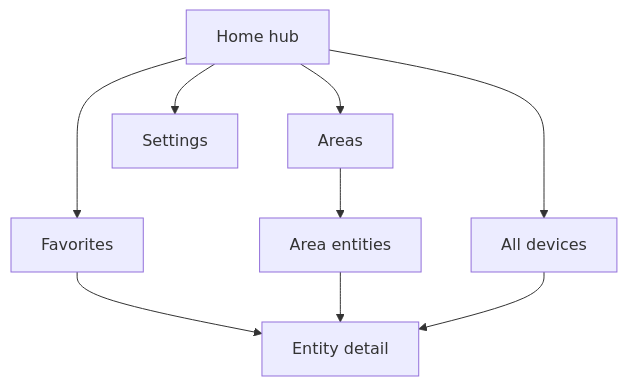
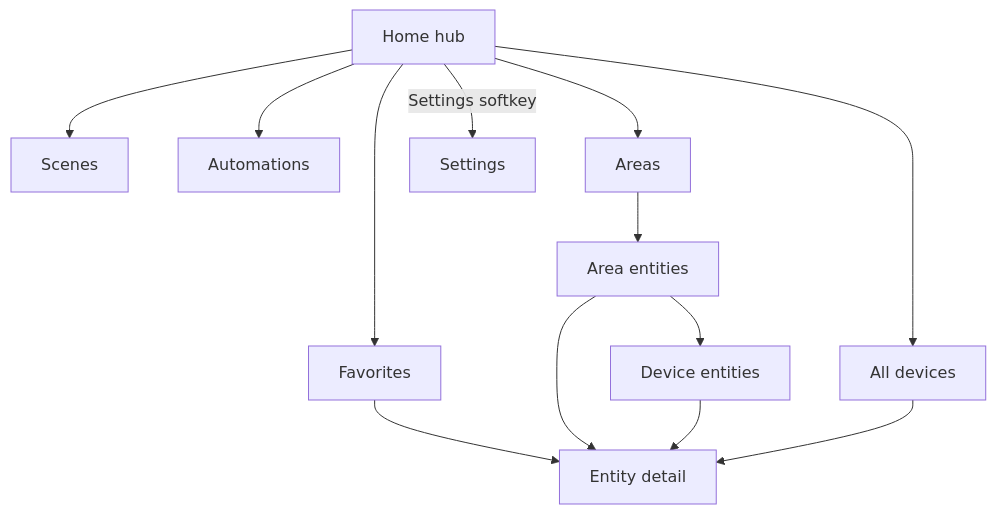
Before and after one commit to ambercaravalho/ha4kaios: the diagram in docs/ui.md, drawn with Mermaid. The commit also changed other lines of this file and 14 other files, not shown here.

````diff
--- a/docs/ui.md
+++ b/docs/ui.md
@@ -10,11 +10,15 @@
 ```mermaid
 flowchart TD
   Home[Home hub] --> Fav[Favorites]
+  Home --> Scenes[Scenes]
+  Home --> Autos[Automations]
   Home --> Areas[Areas]
   Home --> All[All devices]
-  Home --> Settings[Settings]
+  Home -->|"Settings softkey"| Settings[Settings]
   Areas --> AreaEntities[Area entities]
+  AreaEntities --> DeviceEntities[Device entities]
   Fav --> Detail[Entity detail]
   AreaEntities --> Detail
+  DeviceEntities --> Detail
   All --> Detail
 ```
````
